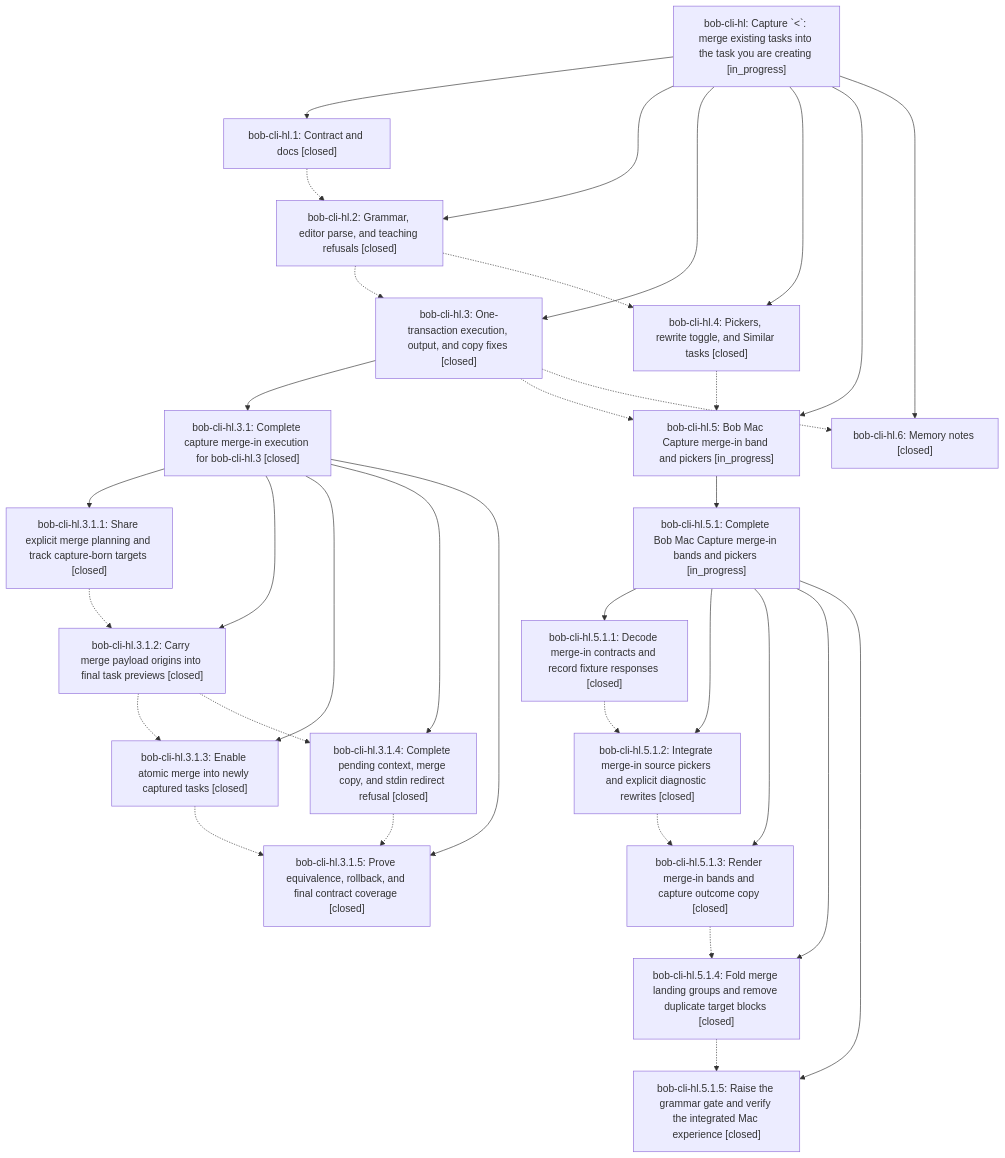
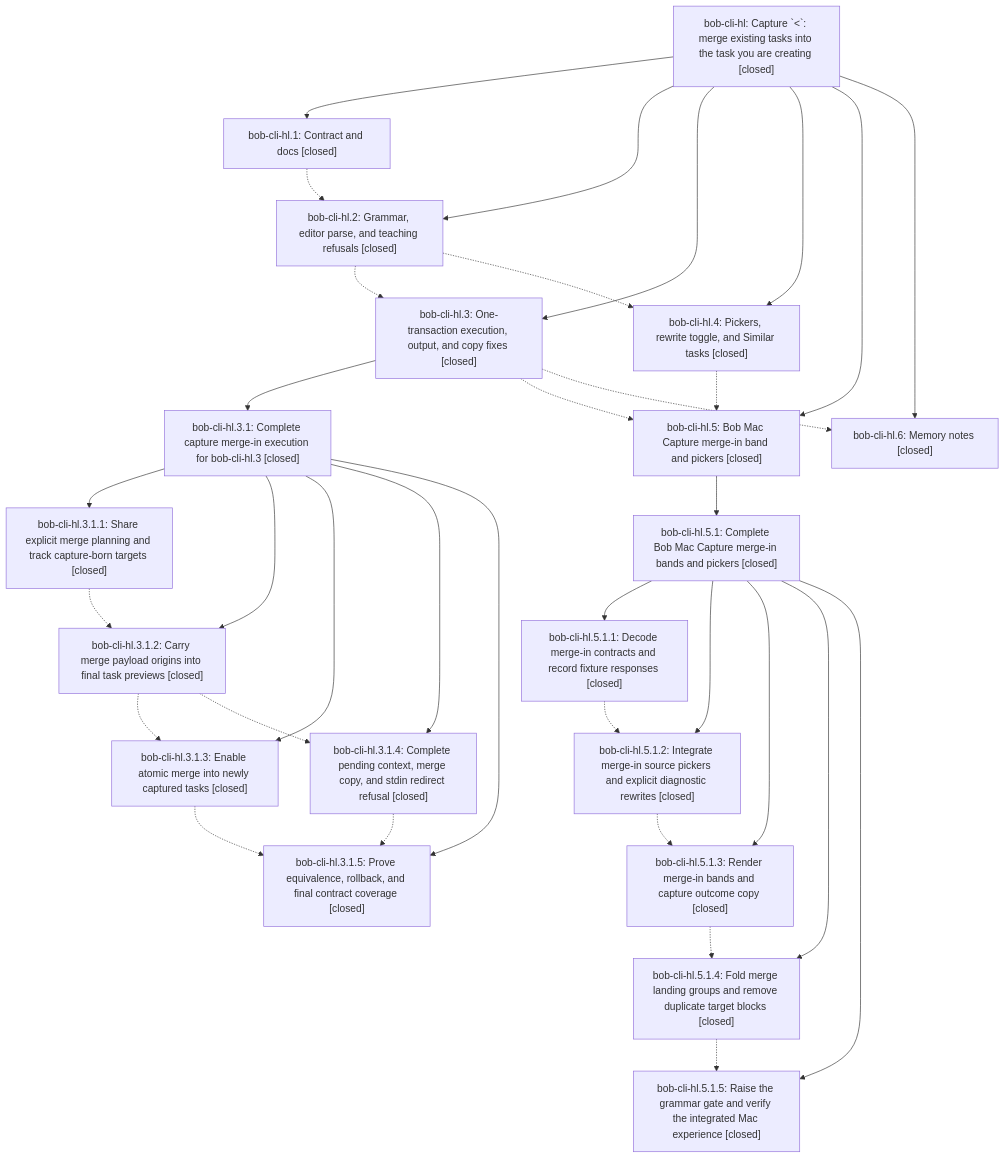
One commit to bobs-org/bob-cli--beads changed the diagram in pages/bob-cli-hl/README.md. Above: the diagram before and after it, drawn with Mermaid. The commit also changed other lines of this file and 5 other files, not shown here.

First line of the commit message:
chore(beads): sync bead state and pages for bob-cli-hl

````diff
--- a/pages/bob-cli-hl/README.md
+++ b/pages/bob-cli-hl/README.md
@@ -47,55 +49,55 @@
 ```mermaid
 flowchart TD
-    n0["bob-cli-hl: Capture `&lt;`: merge existing tasks into the task you are creating [in_progress]"]
+    n0["bob-cli-hl: Capture `&lt;`: merge existing tasks into the task you are creating [closed]"]
     n1["bob-cli-hl.1: Contract and docs [closed]"]
     n2["bob-cli-hl.2: Grammar, editor parse, and teaching refusals [closed]"]
     n3["bob-cli-hl.3: One-transaction execution, output, and copy fixes [closed]"]
     n4["bob-cli-hl.3.1: Complete capture merge-in execution for bob-cli-hl.3 [closed]"]
     n5["bob-cli-hl.3.1.1: Share explicit merge planning and track capture-born targets [closed]"]
     n6["bob-cli-hl.3.1.2: Carry merge payload origins into final task previews [closed]"]
     n7["bob-cli-hl.3.1.3: Enable atomic merge into newly captured tasks [closed]"]
     n8["bob-cli-hl.3.1.4: Complete pending context, merge copy, and stdin redirect refusal [closed]"]
     n9["bob-cli-hl.3.1.5: Prove equivalence, rollback, and final contract coverage [closed]"]
     n10["bob-cli-hl.4: Pickers, rewrite toggle, and Similar tasks [closed]"]
-    n11["bob-cli-hl.5: Bob Mac Capture merge-in band and pickers [in_progress]"]
-    n12["bob-cli-hl.5.1: Complete Bob Mac Capture merge-in bands and pickers [in_progress]"]
+    n11["bob-cli-hl.5: Bob Mac Capture merge-in band and pickers [closed]"]
+    n12["bob-cli-hl.5.1: Complete Bob Mac Capture merge-in bands and pickers [closed]"]
     n13["bob-cli-hl.5.1.1: Decode merge-in contracts and record fixture responses [closed]"]
     n14["bob-cli-hl.5.1.2: Integrate merge-in source pickers and explicit diagnostic rewrites [closed]"]
     n15["bob-cli-hl.5.1.3: Render merge-in bands and capture outcome copy [closed]"]
     n16["bob-cli-hl.5.1.4: Fold merge landing groups and remove duplicate target blocks [closed]"]
     n17["bob-cli-hl.5.1.5: Raise the grammar gate and verify the integrated Mac experience [closed]"]
     n18["bob-cli-hl.6: Memory notes [closed]"]
     n0 --> n1
     n0 --> n2
     n0 --> n3
     n3 --> n4
     n4 --> n5
     n4 --> n6
     n4 --> n7
     n4 --> n8
     n4 --> n9
     n0 --> n10
     n0 --> n11
     n11 --> n12
     n12 --> n13
     n12 --> n14
     n12 --> n15
     n12 --> n16
     n12 --> n17
     n0 --> n18
     n1 -.-> n2
     n2 -.-> n3
     n2 -.-> n10
     n3 -.-> n11
     n3 -.-> n18
     n5 -.-> n6
     n6 -.-> n7
     n6 -.-> n8
     n7 -.-> n9
     n8 -.-> n9
     n10 -.-> n11
     n13 -.-> n14
     n14 -.-> n15
     n15 -.-> n16
     n16 -.-> n17
 ```
````
